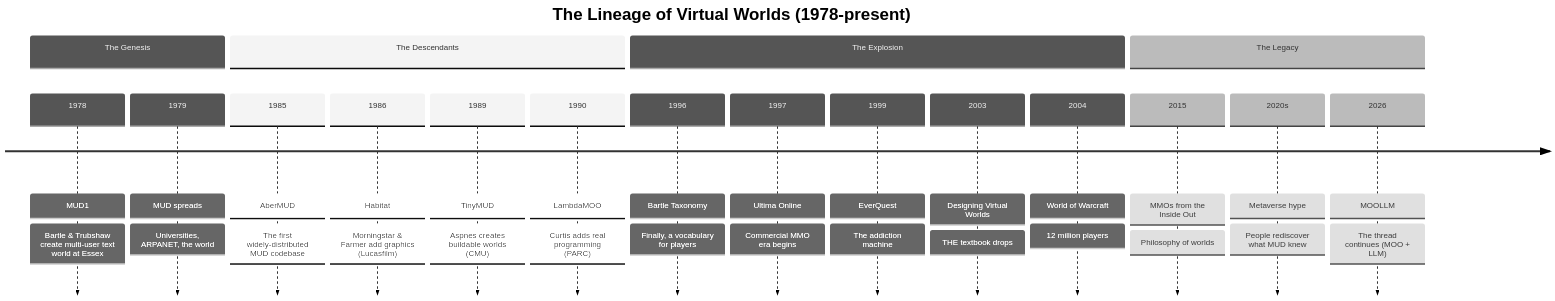
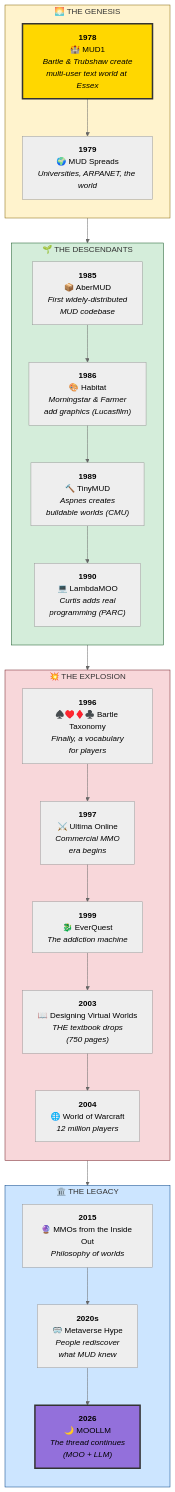
Before and after one commit to SimHacker/moollm: the first of 10 diagrams in examples/adventure-4/characters/real-people/richard-bartle/README.md, drawn with Mermaid (neutral theme).

Commit message:
📊 Timeline vertical: 48 years flow better top-to-bottom
The Lineage of Virtual Worlds (1978-present) now reads as a vertical
flowchart instead of a cramped horizontal timeline. Four color-coded eras:

- 🌅 THE GENESIS (gold) — MUD1, the spreading
- 🌱 THE DESCENDANTS (green) — AberMUD, Habitat, TinyMUD, LambdaMOO
- 💥 THE EXPLOSION (red) — Taxonomy, UO, EQ, DVW, WoW
- 🏛️ THE LEGACY (blue) — Philosophy, hype, MOOLLM

MUD1 (1978) and MOOLLM (2026) highlighted as the golden thread.

````diff
--- a/examples/adventure-4/characters/real-people/richard-bartle/README.md
+++ b/examples/adventure-4/characters/real-people/richard-bartle/README.md
@@ -63,26 +63,45 @@
 ```mermaid
-timeline
-    title The Lineage of Virtual Worlds (1978-present)
+flowchart TB
+    subgraph GENESIS["🌅 THE GENESIS"]
+        direction TB
+        Y1978["<b>1978</b><br/>🏰 MUD1<br/><i>Bartle & Trubshaw create<br/>multi-user text world at Essex</i>"]
+        Y1979["<b>1979</b><br/>🌍 MUD Spreads<br/><i>Universities, ARPANET, the world</i>"]
+        Y1978 --> Y1979
+    end
     
-    section The Genesis
-        1978 : MUD1 : Bartle & Trubshaw create multi-user text world at Essex
-        1979 : MUD spreads : Universities, ARPANET, the world
+    subgraph DESCENDANTS["🌱 THE DESCENDANTS"]
+        direction TB
+        Y1985["<b>1985</b><br/>📦 AberMUD<br/><i>First widely-distributed<br/>MUD codebase</i>"]
+        Y1986["<b>1986</b><br/>🎨 Habitat<br/><i>Morningstar & Farmer<br/>add graphics (Lucasfilm)</i>"]
+        Y1989["<b>1989</b><br/>🔨 TinyMUD<br/><i>Aspnes creates<br/>buildable worlds (CMU)</i>"]
+        Y1990["<b>1990</b><br/>💻 LambdaMOO<br/><i>Curtis adds real<br/>programming (PARC)</i>"]
+        Y1985 --> Y1986 --> Y1989 --> Y1990
+    end
     
-    section The Descendants
-        1985 : AberMUD : The first widely-distributed MUD codebase
-        1986 : Habitat : Morningstar & Farmer add graphics (Lucasfilm)
-        1989 : TinyMUD : Aspnes creates buildable worlds (CMU)
-        1990 : LambdaMOO : Curtis adds real programming (PARC)
+    subgraph EXPLOSION["💥 THE EXPLOSION"]
+        direction TB
+        Y1996["<b>1996</b><br/>♠️♥️♦️♣️ Bartle Taxonomy<br/><i>Finally, a vocabulary<br/>for players</i>"]
+        Y1997["<b>1997</b><br/>⚔️ Ultima Online<br/><i>Commercial MMO<br/>era begins</i>"]
+        Y1999["<b>1999</b><br/>🐉 EverQuest<br/><i>The addiction machine</i>"]
+        Y2003["<b>2003</b><br/>📖 Designing Virtual Worlds<br/><i>THE textbook drops<br/>(750 pages)</i>"]
+        Y2004["<b>2004</b><br/>🌐 World of Warcraft<br/><i>12 million players</i>"]
+        Y1996 --> Y1997 --> Y1999 --> Y2003 --> Y2004
+    end
     
-    section The Explosion
-        1996 : Bartle Taxonomy : Finally, a vocabulary for players
-        1997 : Ultima Online : Commercial MMO era begins
-        1999 : EverQuest : The addiction machine
-        2003 : Designing Virtual Worlds : THE textbook drops
-        2004 : World of Warcraft : 12 million players
+    subgraph LEGACY["🏛️ THE LEGACY"]
+        direction TB
+        Y2015["<b>2015</b><br/>🔮 MMOs from the Inside Out<br/><i>Philosophy of worlds</i>"]
+        Y2020["<b>2020s</b><br/>🥽 Metaverse Hype<br/><i>People rediscover<br/>what MUD knew</i>"]
+        Y2026["<b>2026</b><br/>🌙 MOOLLM<br/><i>The thread continues<br/>(MOO + LLM)</i>"]
+        Y2015 --> Y2020 --> Y2026
+    end
     
-    section The Legacy
-        2015 : MMOs from the Inside Out : Philosophy of worlds
-        2020s : Metaverse hype : People rediscover what MUD knew
-        2026 : MOOLLM : The thread continues (MOO + LLM)
+    GENESIS --> DESCENDANTS --> EXPLOSION --> LEGACY
+    
+    style Y1978 fill:#ffd700,stroke:#333,stroke-width:3px
+    style Y2026 fill:#9370db,stroke:#333,stroke-width:3px
+    style GENESIS fill:#fff3cd,stroke:#856404
+    style DESCENDANTS fill:#d4edda,stroke:#155724
+    style EXPLOSION fill:#f8d7da,stroke:#721c24
+    style LEGACY fill:#cce5ff,stroke:#004085
 ```
````
